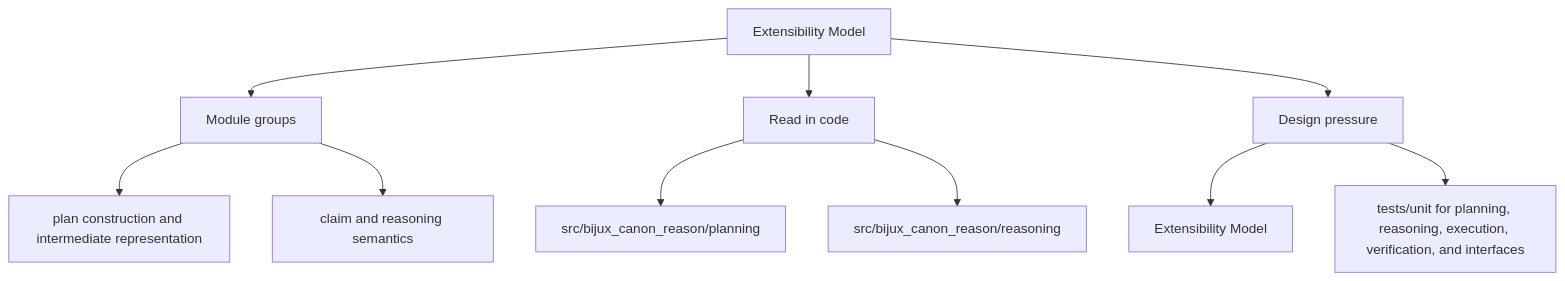
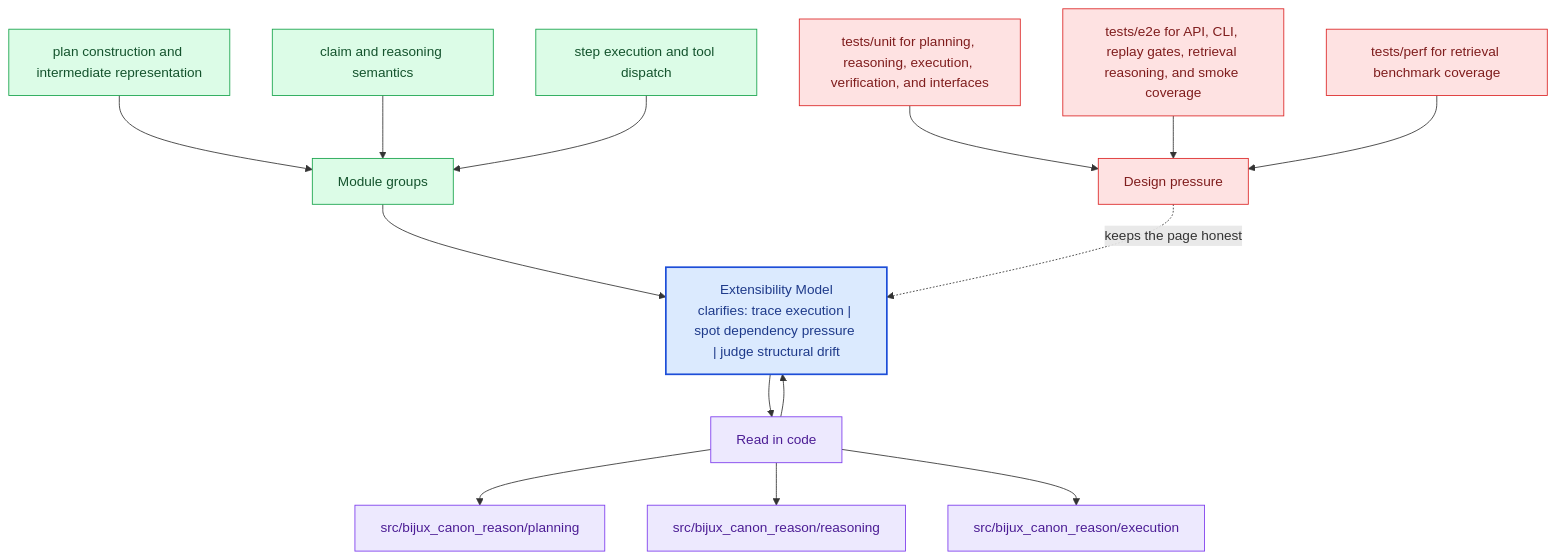
The second of 2 diagrams in docs/bijux-canon-reason/architecture/extensibility-model.md (bijux/bijux-canon), drawn with Mermaid before and after one commit. The commit also changed other lines of this file and 281 other files, not shown here.

Commit message:
docs(diagrams): deepen handbook mermaid maps across the catalog

````diff
--- a/docs/bijux-canon-reason/architecture/extensibility-model.md
+++ b/docs/bijux-canon-reason/architecture/extensibility-model.md
@@ -34,22 +67,40 @@
 ```mermaid
-flowchart TD
-    page["Extensibility Model"]
+flowchart TB
+    promise["Extensibility Model<br/>clarifies: trace execution | spot dependency pressure | judge structural drift"]
+    classDef promise fill:#dbeafe,stroke:#1d4ed8,color:#1e3a8a,stroke-width:2px;
+    classDef driver fill:#dcfce7,stroke:#16a34a,color:#14532d;
+    classDef constraint fill:#fee2e2,stroke:#dc2626,color:#7f1d1d;
+    classDef ground fill:#ede9fe,stroke:#7c3aed,color:#4c1d95;
     focus1["Module groups"]
-    page --> focus1
+    focus1 --> promise
     focus1_1["plan construction and intermediate representation"]
-    focus1 --> focus1_1
+    focus1_1 --> focus1
     focus1_2["claim and reasoning semantics"]
-    focus1 --> focus1_2
+    focus1_2 --> focus1
+    focus1_3["step execution and tool dispatch"]
+    focus1_3 --> focus1
+    class focus1 driver;
+    class focus1_1,focus1_2,focus1_3 driver;
     focus2["Read in code"]
-    page --> focus2
+    focus2 --> promise
+    promise --> focus2
     focus2_1["src/bijux_canon_reason/planning"]
     focus2 --> focus2_1
     focus2_2["src/bijux_canon_reason/reasoning"]
     focus2 --> focus2_2
+    focus2_3["src/bijux_canon_reason/execution"]
+    focus2 --> focus2_3
+    class focus2 ground;
+    class focus2_1,focus2_2,focus2_3 ground;
     focus3["Design pressure"]
-    page --> focus3
-    focus3_1["Extensibility Model"]
-    focus3 --> focus3_1
-    focus3_2["tests/unit for planning, reasoning, execution, verification, and interfaces"]
-    focus3 --> focus3_2
+    focus3 -.keeps the page honest.-> promise
+    focus3_1["tests/unit for planning, reasoning, execution, verification, and interfaces"]
+    focus3_1 --> focus3
+    focus3_2["tests/e2e for API, CLI, replay gates, retrieval reasoning, and smoke coverage"]
+    focus3_2 --> focus3
+    focus3_3["tests/perf for retrieval benchmark coverage"]
+    focus3_3 --> focus3
+    class focus3 constraint;
+    class focus3_1,focus3_2,focus3_3 constraint;
+    class promise promise;
 ```
````
